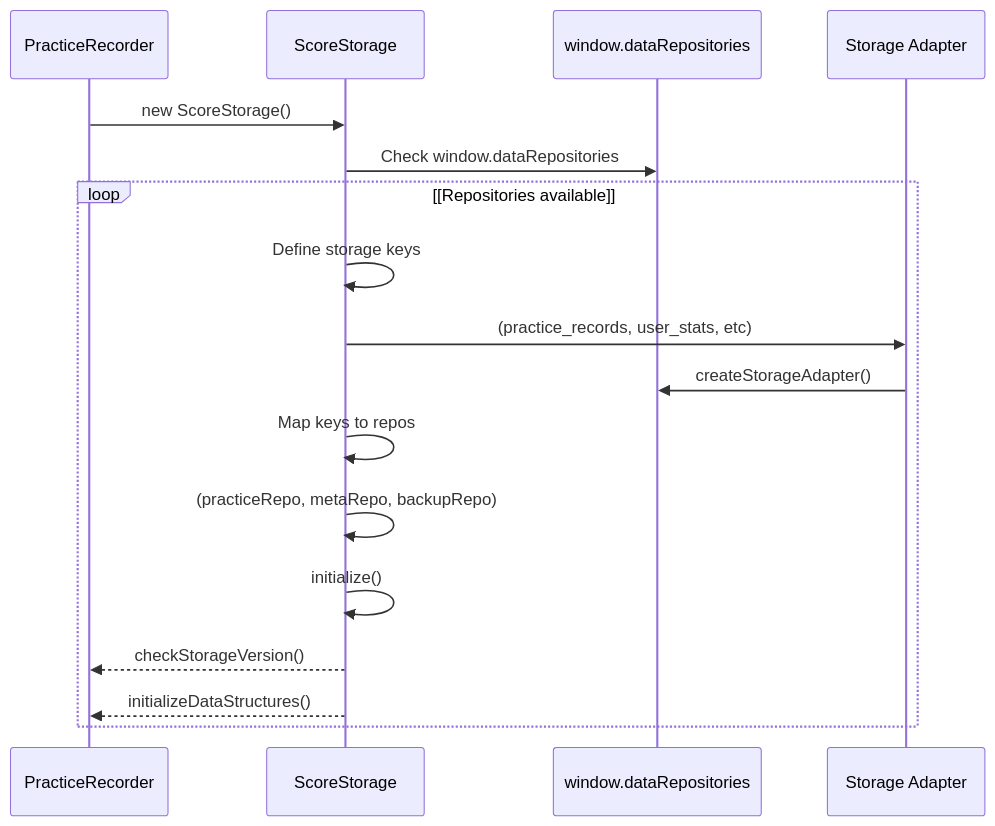
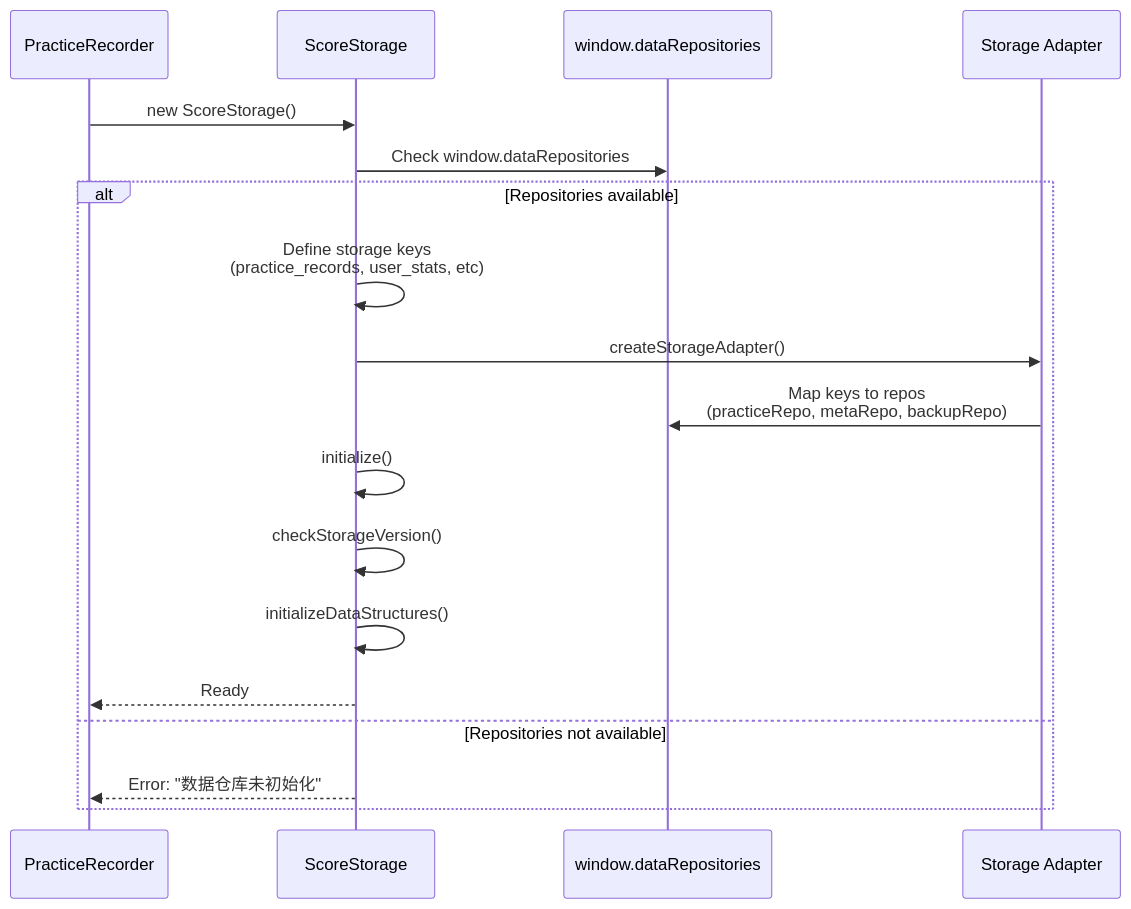
The fourth of 22 diagrams in developer/doc/Wiki/Data-Management-System.md (sallowayma-git/IELTS-practice), drawn with Mermaid before and after one commit. The commit also changed other lines of this file and 84 other files, not shown here.

````diff
--- a/developer/doc/Wiki/Data-Management-System.md
+++ b/developer/doc/Wiki/Data-Management-System.md
@@ -245,20 +247,21 @@
 ```mermaid
 sequenceDiagram
-  participant PracticeRecorder
-  participant ScoreStorage
-  participant window.dataRepositories
-  participant Storage Adapter
+  participant p1 as PracticeRecorder
+  participant p2 as ScoreStorage
+  participant p3 as window.dataRepositories
+  participant p4 as Storage Adapter
 
-  PracticeRecorder->>ScoreStorage: new ScoreStorage()
-  ScoreStorage->>window.dataRepositories: Check window.dataRepositories
-  loop [Repositories available]
-    ScoreStorage->>ScoreStorage: Define storage keys
-    ScoreStorage->>Storage Adapter: (practice_records, user_stats, etc)
-    Storage Adapter->>window.dataRepositories: createStorageAdapter()
-    ScoreStorage->>ScoreStorage: Map keys to repos
-    ScoreStorage->>ScoreStorage: (practiceRepo, metaRepo, backupRepo)
-    ScoreStorage->>ScoreStorage: initialize()
-    ScoreStorage-->>PracticeRecorder: checkStorageVersion()
-    ScoreStorage-->>PracticeRecorder: initializeDataStructures()
+  p1->>p2: new ScoreStorage()
+  p2->>p3: Check window.dataRepositories
+  alt Repositories available
+    p2->>p2: Define storage keys<br/>(practice_records, user_stats, etc)
+    p2->>p4: createStorageAdapter()
+    p4->>p3: Map keys to repos<br/>(practiceRepo, metaRepo, backupRepo)
+    p2->>p2: initialize()
+    p2->>p2: checkStorageVersion()
+    p2->>p2: initializeDataStructures()
+    p2-->>p1: Ready
+  else Repositories not available
+    p2-->>p1: Error: "数据仓库未初始化"
   end
 ```
````
